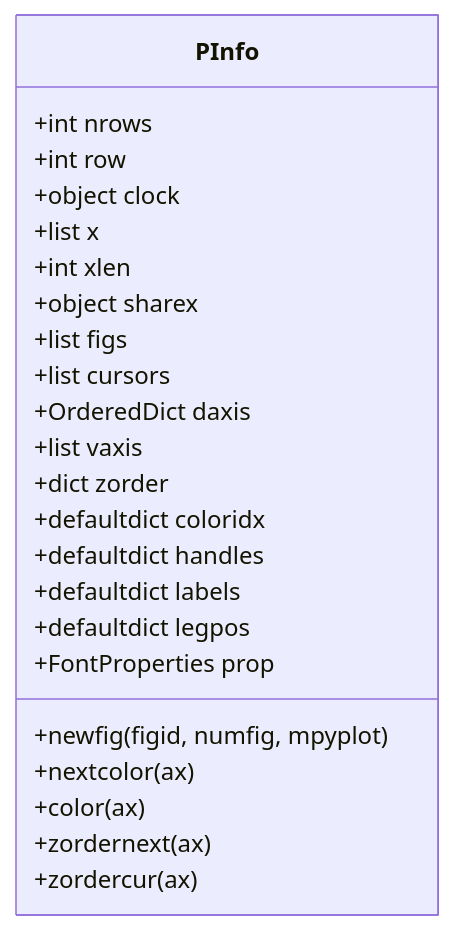
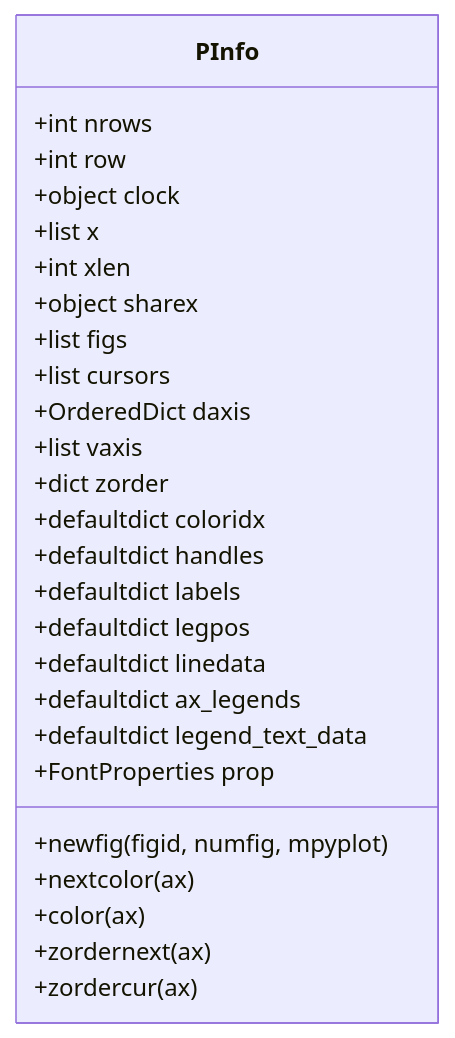
Before and after one commit to bench-prog/backtrader: the third of 10 diagrams in .qoder/repowiki/zh/content/项目概述/核心功能特性/可视化系统/图表渲染引擎.md, drawn with Mermaid. The commit also changed other lines of this file and 40 other files, not shown here.

````diff
--- a/.qoder/repowiki/zh/content/项目概述/核心功能特性/可视化系统/图表渲染引擎.md
+++ b/.qoder/repowiki/zh/content/项目概述/核心功能特性/可视化系统/图表渲染引擎.md
@@ -127,26 +144,29 @@
 ```mermaid
 classDiagram
 class PInfo {
 +int nrows
 +int row
 +object clock
 +list x
 +int xlen
 +object sharex
 +list figs
 +list cursors
 +OrderedDict daxis
 +list vaxis
 +dict zorder
 +defaultdict coloridx
 +defaultdict handles
 +defaultdict labels
 +defaultdict legpos
++defaultdict linedata
++defaultdict ax_legends
++defaultdict legend_text_data
 +FontProperties prop
 +newfig(figid, numfig, mpyplot)
 +nextcolor(ax)
 +color(ax)
 +zordernext(ax)
 +zordercur(ax)
 }
 ```
````
